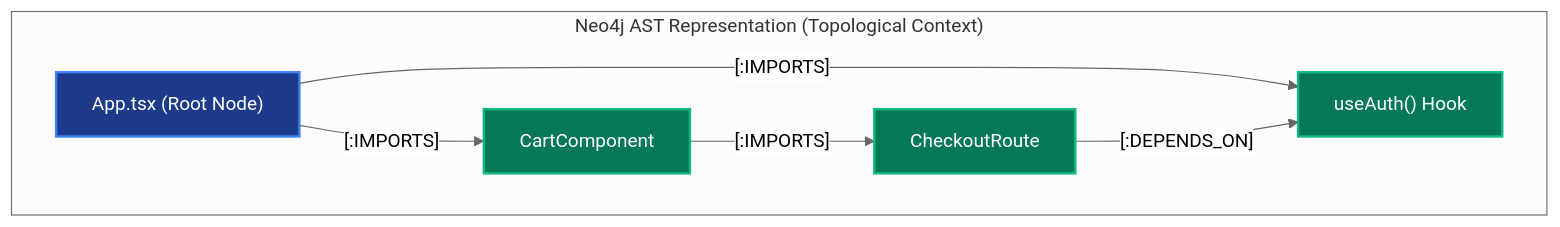
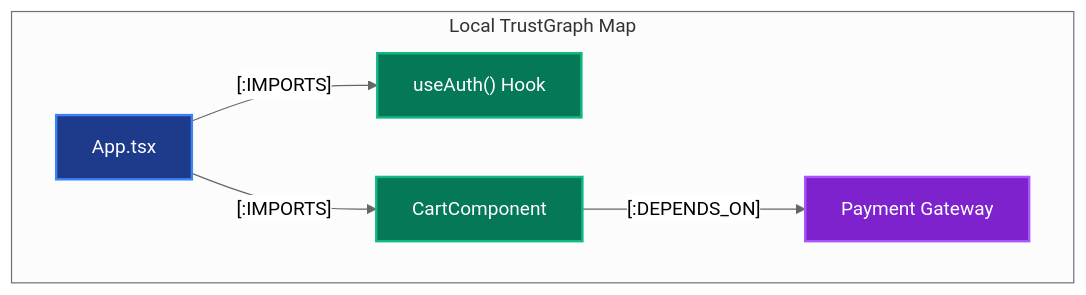
One commit to huudangdev/.agents changed the second of 9 diagrams in ENTERPRISE_ARCHITECTURE.md. Above: the diagram before and after it, drawn with Mermaid (neutral theme). The commit also changed other lines of this file, not shown here.

Commit message:
docs(architecture): Massively expand framework with Mermaid diagrams, sequence flows, and SOC2 matrices

````diff
--- a/ENTERPRISE_ARCHITECTURE.md
+++ b/ENTERPRISE_ARCHITECTURE.md
@@ -30,17 +53,17 @@
 ```mermaid
 graph TD
     classDef Core fill:#1e3a8a,stroke:#3b82f6,stroke-width:2px,color:#fff;
     classDef Module fill:#047857,stroke:#10b981,stroke-width:2px,color:#fff;
+    classDef Dep fill:#7e22ce,stroke:#a855f7,stroke-width:2px,color:#fff;
 
-    subgraph "Neo4j AST Representation (Topological Context)"
-        Root["App.tsx (Root Node)"]:::Core
+    subgraph "Local TrustGraph Map"
+        Root["App.tsx"]:::Core
         Auth["useAuth() Hook"]:::Module
         Cart["CartComponent"]:::Module
-        Checkout["CheckoutRoute"]:::Module
+        Payment["Payment Gateway"]:::Dep
         
         Root -->|"[:IMPORTS]"| Auth
         Root -->|"[:IMPORTS]"| Cart
-        Cart -->|"[:IMPORTS]"| Checkout
-        Checkout -->|"[:DEPENDS_ON]"| Auth
+        Cart -->|"[:DEPENDS_ON]"| Payment
     end
 ```
````
